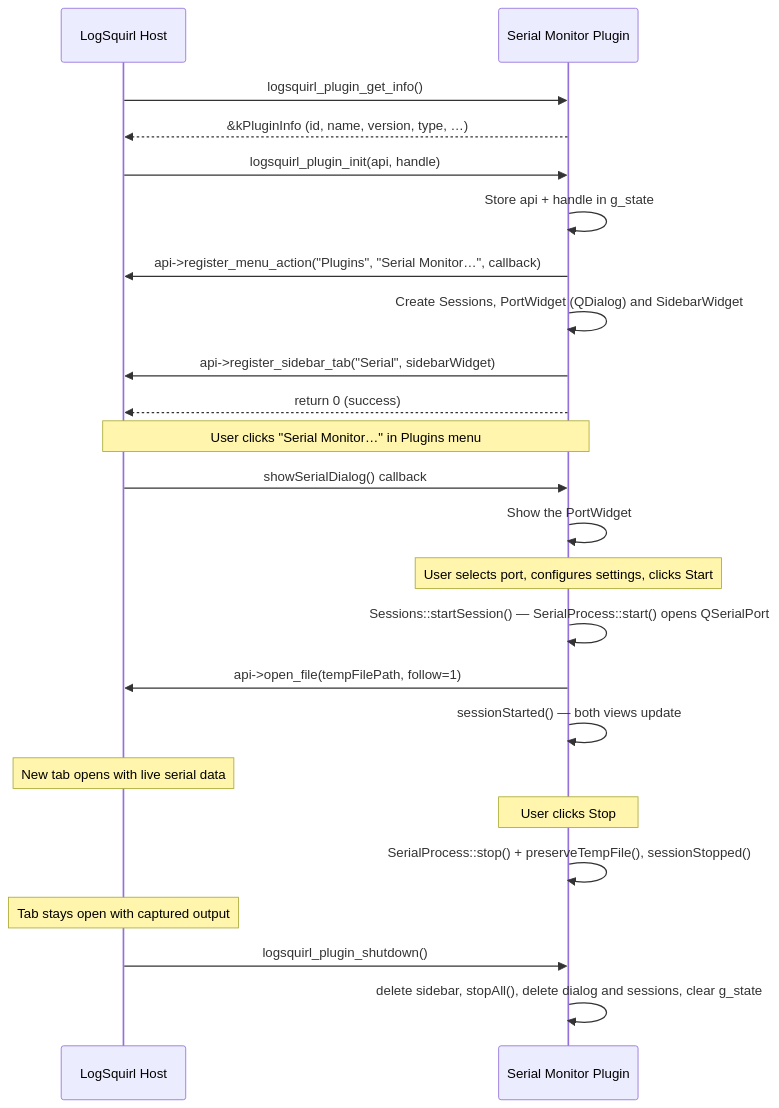
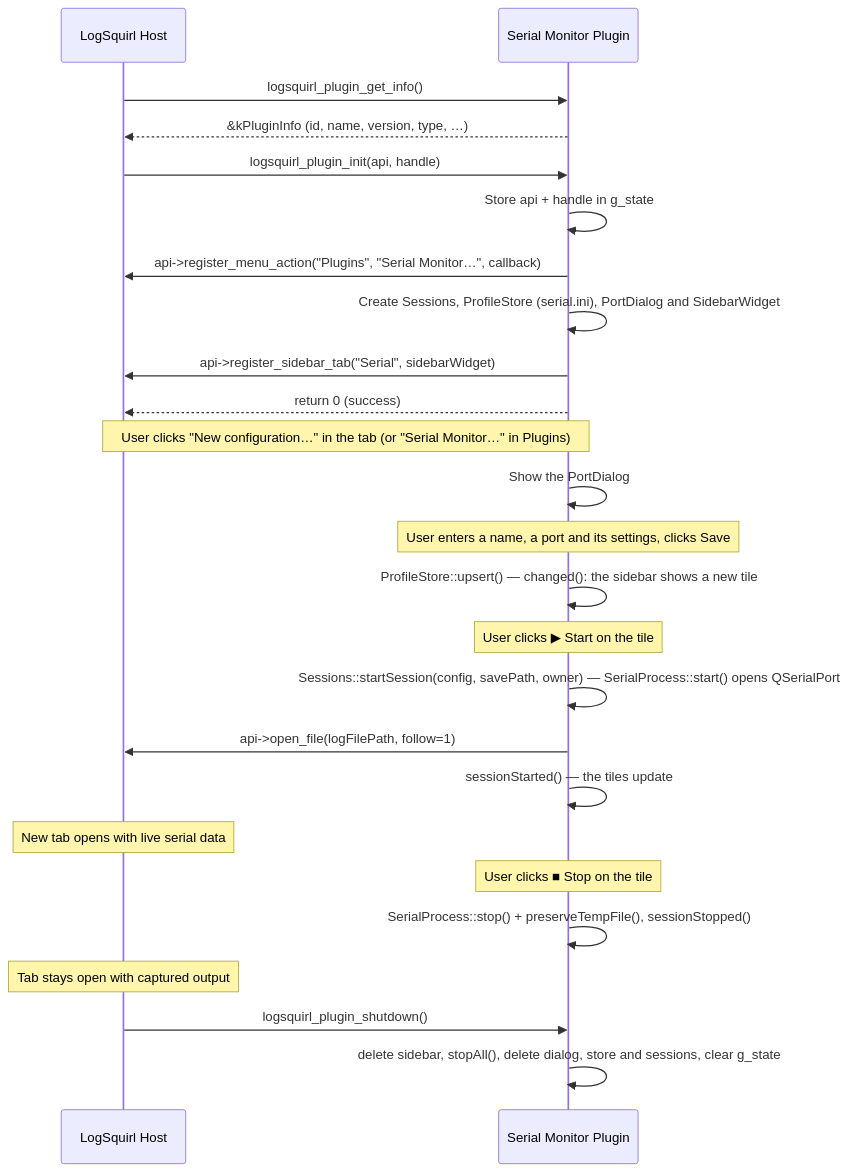
The first of 2 diagrams in docs/DEVELOPER_GUIDE.md (64x-lunicorn/LogSquirl-Serial), drawn with Mermaid before and after one commit. The commit also changed other lines of this file and 29 other files, not shown here.

First line of the commit message:
Saved port configurations, one tile each in the sidebar (#50)

````diff
--- a/docs/DEVELOPER_GUIDE.md
+++ b/docs/DEVELOPER_GUIDE.md
@@ -24,37 +24,38 @@
 ```mermaid
 sequenceDiagram
     participant Host as LogSquirl Host
     participant Plugin as Serial Monitor Plugin
 
     Host->>Plugin: logsquirl_plugin_get_info()
     Plugin-->>Host: &kPluginInfo (id, name, version, type, …)
 
     Host->>Plugin: logsquirl_plugin_init(api, handle)
     Plugin->>Plugin: Store api + handle in g_state
     Plugin->>Host: api->register_menu_action("Plugins", "Serial Monitor…", callback)
-    Plugin->>Plugin: Create Sessions, PortWidget (QDialog) and SidebarWidget
+    Plugin->>Plugin: Create Sessions, ProfileStore (serial.ini), PortDialog and SidebarWidget
     Plugin->>Host: api->register_sidebar_tab("Serial", sidebarWidget)
     Plugin-->>Host: return 0 (success)
 
-    Note over Host,Plugin: User clicks "Serial Monitor…" in Plugins menu
+    Note over Host,Plugin: User clicks "New configuration…" in the tab (or "Serial Monitor…" in Plugins)
 
-    Host->>Plugin: showSerialDialog() callback
-    Plugin->>Plugin: Show the PortWidget
+    Plugin->>Plugin: Show the PortDialog
+    Note over Plugin: User enters a name, a port and its settings, clicks Save
+    Plugin->>Plugin: ProfileStore::upsert() — changed(): the sidebar shows a new tile
 
-    Note over Plugin: User selects port, configures settings, clicks Start
+    Note over Plugin: User clicks ▶ Start on the tile
 
-    Plugin->>Plugin: Sessions::startSession() — SerialProcess::start() opens QSerialPort
-    Plugin->>Host: api->open_file(tempFilePath, follow=1)
-    Plugin->>Plugin: sessionStarted() — both views update
+    Plugin->>Plugin: Sessions::startSession(config, savePath, owner) — SerialProcess::start() opens QSerialPort
+    Plugin->>Host: api->open_file(logFilePath, follow=1)
+    Plugin->>Plugin: sessionStarted() — the tiles update
 
     Note over Host: New tab opens with live serial data
 
-    Note over Plugin: User clicks Stop
+    Note over Plugin: User clicks ■ Stop on the tile
 
     Plugin->>Plugin: SerialProcess::stop() + preserveTempFile(), sessionStopped()
 
     Note over Host: Tab stays open with captured output
 
     Host->>Plugin: logsquirl_plugin_shutdown()
-    Plugin->>Plugin: delete sidebar, stopAll(), delete dialog and sessions, clear g_state
+    Plugin->>Plugin: delete sidebar, stopAll(), delete dialog, store and sessions, clear g_state
 ```
````
